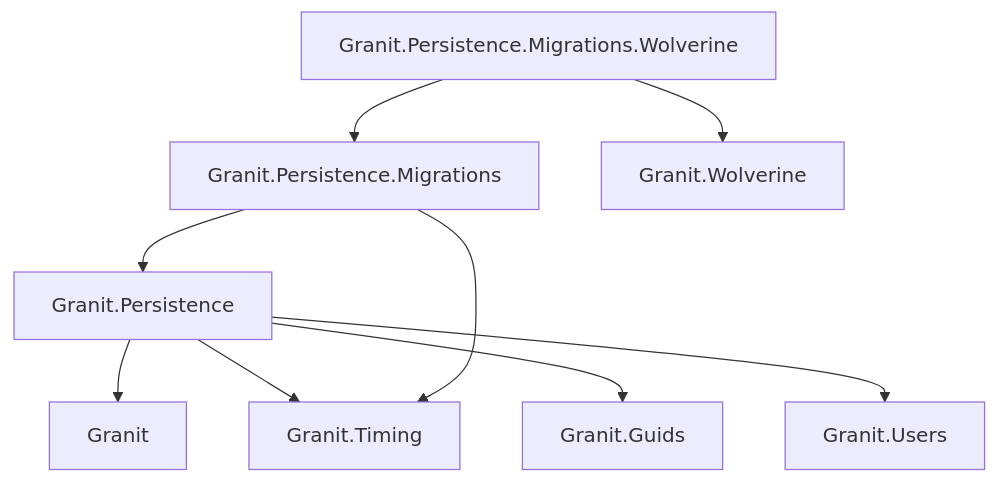
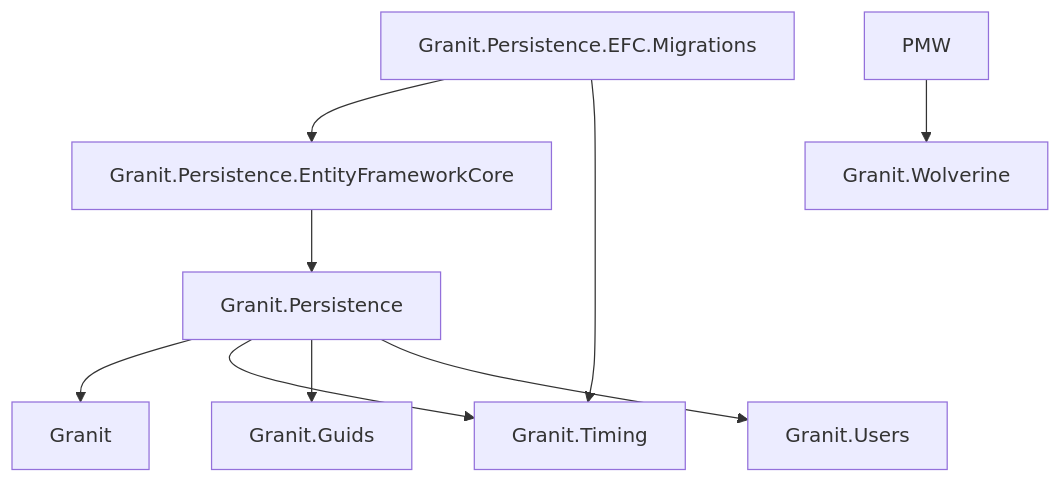
Before and after one commit to granit-fx/granit-docs: the diagram in src/content/docs/dotnet/data/persistence.mdx, drawn with Mermaid. The commit also changed other lines of this file and 10 other files, not shown here.

````diff
--- a/src/content/docs/dotnet/data/persistence.mdx
+++ b/src/content/docs/dotnet/data/persistence.mdx
@@ -33,11 +39,11 @@
 ```mermaid
 graph TD
     P[Granit.Persistence] --> C[Granit]
     P --> T[Granit.Timing]
     P --> G[Granit.Guids]
     P --> S[Granit.Users]
-    PM[Granit.Persistence.Migrations] --> P
+    EFC[Granit.Persistence.EntityFrameworkCore] --> P
+    PM[Granit.Persistence.EFC.Migrations] --> EFC
     PM --> T
-    PMW[Granit.Persistence.Migrations.Wolverine] --> PM
     PMW --> W[Granit.Wolverine]
 ```
````
